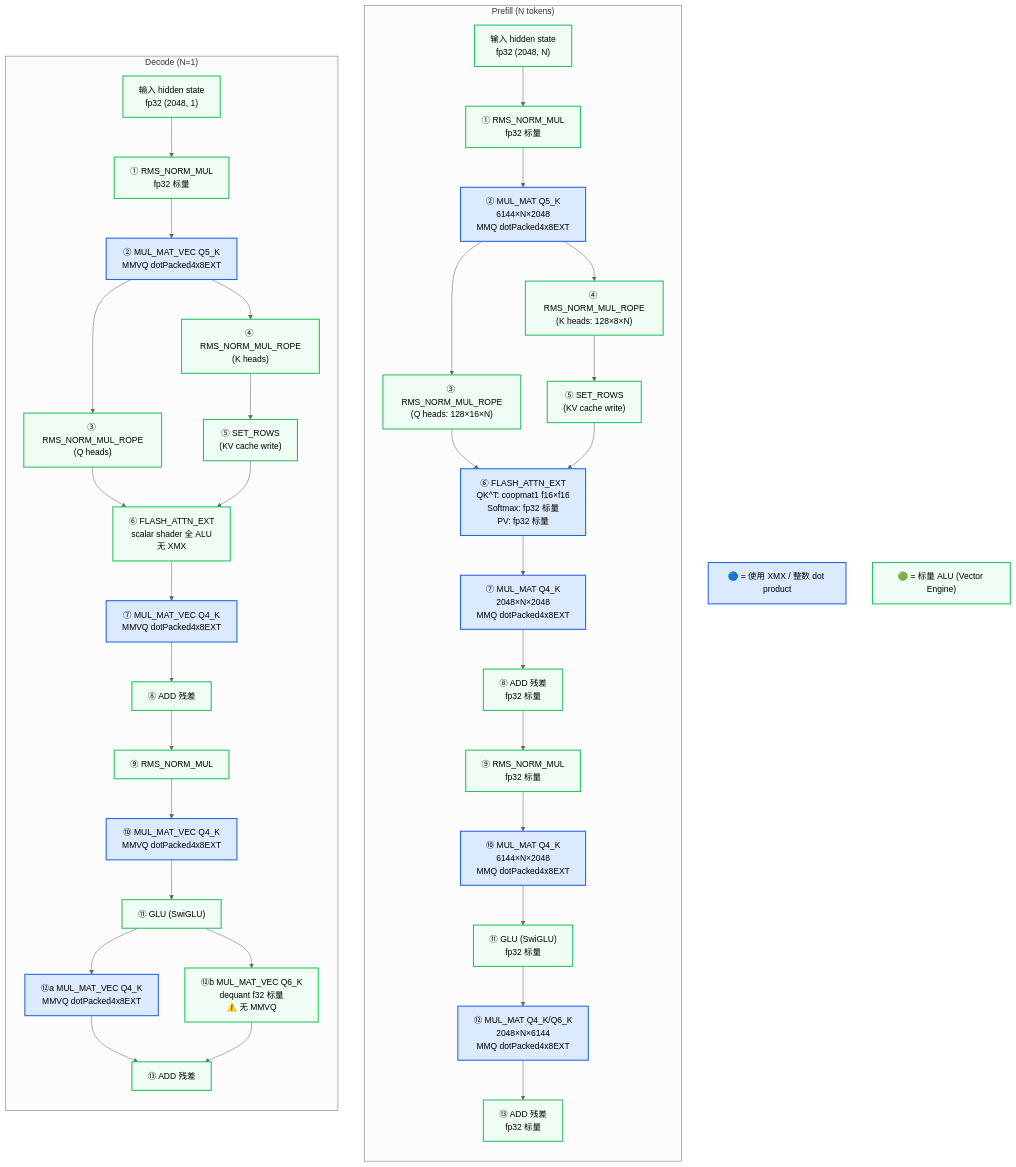
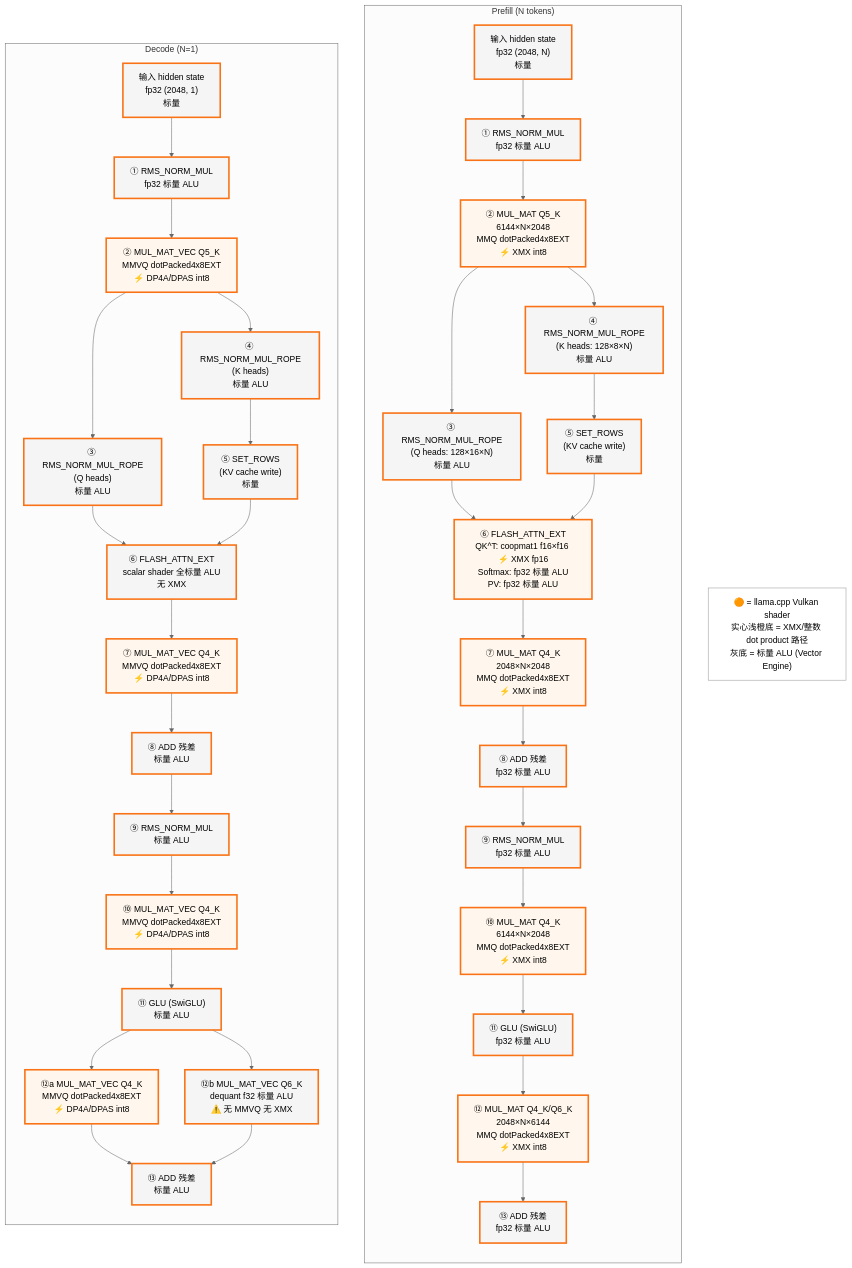
One commit to jonathanding/ollama changed the fifth of 6 diagrams in docs/internals/xe2-quantized-compute-audit.md. Above: the diagram before and after it, drawn with Mermaid (neutral theme). The commit also changed other lines of this file and 433 other files, not shown here.

````diff
--- a/docs/internals/xe2-quantized-compute-audit.md
+++ b/docs/internals/xe2-quantized-compute-audit.md
@@ -1062,62 +1080,60 @@
 ```mermaid
 graph TB
     classDef cpp stroke:#f97316,stroke-width:3px
-    classDef xmx fill:#dbeafe,stroke:#2563eb,stroke-width:2px
-    classDef scalar fill:#f0fdf4,stroke:#22c55e,stroke-width:2px
+    classDef xmx stroke:#f97316,stroke-width:3px,fill:#fff7ed
+    classDef scalar stroke:#f97316,stroke-width:3px,fill:#f5f5f5
     classDef legend fill:#fff,stroke:#999
-    classDef phase fill:#fef3c7,stroke:#f59e0b,stroke-width:2px
 
-    L1["🔵 = 使用 XMX / 整数 dot product"]:::xmx
-    L2["🟢 = 标量 ALU (Vector Engine)"]:::scalar
+    L["🟠 = llama.cpp Vulkan shader<br/>实心浅橙底 = XMX/整数 dot product 路径<br/>灰底 = 标量 ALU (Vector Engine)"]:::legend
 
     subgraph PREFILL["Prefill (N tokens)"]
         direction TB
-        P_IN["输入 hidden state<br/>fp32 (2048, N)"]:::scalar
-        P_NORM1["① RMS_NORM_MUL<br/>fp32 标量"]:::scalar
-        P_QKV["② MUL_MAT Q5_K<br/>6144×N×2048<br/>MMQ dotPacked4x8EXT"]:::xmx
-        P_ROPE_Q["③ RMS_NORM_MUL_ROPE<br/>(Q heads: 128×16×N)"]:::scalar
-        P_ROPE_K["④ RMS_NORM_MUL_ROPE<br/>(K heads: 128×8×N)"]:::scalar
-        P_SET["⑤ SET_ROWS<br/>(KV cache write)"]:::scalar
-        P_FA["⑥ FLASH_ATTN_EXT<br/>QK^T: coopmat1 f16×f16<br/>Softmax: fp32 标量<br/>PV: fp32 标量"]:::xmx
-        P_OUT["⑦ MUL_MAT Q4_K<br/>2048×N×2048<br/>MMQ dotPacked4x8EXT"]:::xmx
-        P_ADD1["⑧ ADD 残差<br/>fp32 标量"]:::scalar
-        P_NORM2["⑨ RMS_NORM_MUL<br/>fp32 标量"]:::scalar
-        P_GU["⑩ MUL_MAT Q4_K<br/>6144×N×2048<br/>MMQ dotPacked4x8EXT"]:::xmx
-        P_GLU["⑪ GLU (SwiGLU)<br/>fp32 标量"]:::scalar
-        P_DOWN["⑫ MUL_MAT Q4_K/Q6_K<br/>2048×N×6144<br/>MMQ dotPacked4x8EXT"]:::xmx
-        P_ADD2["⑬ ADD 残差<br/>fp32 标量"]:::scalar
+        P_IN["输入 hidden state<br/>fp32 (2048, N)<br/>标量"]:::scalar
+        P_NORM1["① RMS_NORM_MUL<br/>fp32 标量 ALU"]:::scalar
+        P_QKV["② MUL_MAT Q5_K<br/>6144×N×2048<br/>MMQ dotPacked4x8EXT<br/>⚡ XMX int8"]:::xmx
+        P_ROPE_Q["③ RMS_NORM_MUL_ROPE<br/>(Q heads: 128×16×N)<br/>标量 ALU"]:::scalar
+        P_ROPE_K["④ RMS_NORM_MUL_ROPE<br/>(K heads: 128×8×N)<br/>标量 ALU"]:::scalar
+        P_SET["⑤ SET_ROWS<br/>(KV cache write)<br/>标量"]:::scalar
+        P_FA["⑥ FLASH_ATTN_EXT<br/>QK^T: coopmat1 f16×f16 ⚡ XMX fp16<br/>Softmax: fp32 标量 ALU<br/>PV: fp32 标量 ALU"]:::xmx
+        P_OUT["⑦ MUL_MAT Q4_K<br/>2048×N×2048<br/>MMQ dotPacked4x8EXT<br/>⚡ XMX int8"]:::xmx
+        P_ADD1["⑧ ADD 残差<br/>fp32 标量 ALU"]:::scalar
+        P_NORM2["⑨ RMS_NORM_MUL<br/>fp32 标量 ALU"]:::scalar
+        P_GU["⑩ MUL_MAT Q4_K<br/>6144×N×2048<br/>MMQ dotPacked4x8EXT<br/>⚡ XMX int8"]:::xmx
+        P_GLU["⑪ GLU (SwiGLU)<br/>fp32 标量 ALU"]:::scalar
+        P_DOWN["⑫ MUL_MAT Q4_K/Q6_K<br/>2048×N×6144<br/>MMQ dotPacked4x8EXT<br/>⚡ XMX int8"]:::xmx
+        P_ADD2["⑬ ADD 残差<br/>fp32 标量 ALU"]:::scalar
 
         P_IN --> P_NORM1 --> P_QKV --> P_ROPE_Q & P_ROPE_K
         P_ROPE_Q --> P_FA
         P_ROPE_K --> P_SET --> P_FA
         P_FA --> P_OUT --> P_ADD1 --> P_NORM2 --> P_GU --> P_GLU --> P_DOWN --> P_ADD2
     end
 
     subgraph DECODE["Decode (N=1)"]
         direction TB
-        D_IN["输入 hidden state<br/>fp32 (2048, 1)"]:::scalar
-        D_NORM1["① RMS_NORM_MUL<br/>fp32 标量"]:::scalar
-        D_QKV["② MUL_MAT_VEC Q5_K<br/>MMVQ dotPacked4x8EXT"]:::xmx
-        D_ROPE_Q["③ RMS_NORM_MUL_ROPE<br/>(Q heads)"]:::scalar
-        D_ROPE_K["④ RMS_NORM_MUL_ROPE<br/>(K heads)"]:::scalar
-        D_SET["⑤ SET_ROWS<br/>(KV cache write)"]:::scalar
-        D_FA["⑥ FLASH_ATTN_EXT<br/>scalar shader 全 ALU<br/>无 XMX"]:::scalar
-        D_OUT["⑦ MUL_MAT_VEC Q4_K<br/>MMVQ dotPacked4x8EXT"]:::xmx
-        D_ADD1["⑧ ADD 残差"]:::scalar
-        D_NORM2["⑨ RMS_NORM_MUL"]:::scalar
-        D_GU["⑩ MUL_MAT_VEC Q4_K<br/>MMVQ dotPacked4x8EXT"]:::xmx
-        D_GLU["⑪ GLU (SwiGLU)"]:::scalar
-        D_DOWN_Q4["⑫a MUL_MAT_VEC Q4_K<br/>MMVQ dotPacked4x8EXT"]:::xmx
-        D_DOWN_Q6["⑫b MUL_MAT_VEC Q6_K<br/>dequant f32 标量<br/>⚠️ 无 MMVQ"]:::scalar
-        D_ADD2["⑬ ADD 残差"]:::scalar
+        D_IN["输入 hidden state<br/>fp32 (2048, 1)<br/>标量"]:::scalar
+        D_NORM1["① RMS_NORM_MUL<br/>fp32 标量 ALU"]:::scalar
+        D_QKV["② MUL_MAT_VEC Q5_K<br/>MMVQ dotPacked4x8EXT<br/>⚡ DP4A/DPAS int8"]:::xmx
+        D_ROPE_Q["③ RMS_NORM_MUL_ROPE<br/>(Q heads)<br/>标量 ALU"]:::scalar
+        D_ROPE_K["④ RMS_NORM_MUL_ROPE<br/>(K heads)<br/>标量 ALU"]:::scalar
+        D_SET["⑤ SET_ROWS<br/>(KV cache write)<br/>标量"]:::scalar
+        D_FA["⑥ FLASH_ATTN_EXT<br/>scalar shader 全标量 ALU<br/>无 XMX"]:::scalar
+        D_OUT["⑦ MUL_MAT_VEC Q4_K<br/>MMVQ dotPacked4x8EXT<br/>⚡ DP4A/DPAS int8"]:::xmx
+        D_ADD1["⑧ ADD 残差<br/>标量 ALU"]:::scalar
+        D_NORM2["⑨ RMS_NORM_MUL<br/>标量 ALU"]:::scalar
+        D_GU["⑩ MUL_MAT_VEC Q4_K<br/>MMVQ dotPacked4x8EXT<br/>⚡ DP4A/DPAS int8"]:::xmx
+        D_GLU["⑪ GLU (SwiGLU)<br/>标量 ALU"]:::scalar
+        D_DOWN_Q4["⑫a MUL_MAT_VEC Q4_K<br/>MMVQ dotPacked4x8EXT<br/>⚡ DP4A/DPAS int8"]:::xmx
+        D_DOWN_Q6["⑫b MUL_MAT_VEC Q6_K<br/>dequant f32 标量 ALU<br/>⚠️ 无 MMVQ 无 XMX"]:::scalar
+        D_ADD2["⑬ ADD 残差<br/>标量 ALU"]:::scalar
 
         D_IN --> D_NORM1 --> D_QKV --> D_ROPE_Q & D_ROPE_K
         D_ROPE_Q --> D_FA
         D_ROPE_K --> D_SET --> D_FA
         D_FA --> D_OUT --> D_ADD1 --> D_NORM2 --> D_GU --> D_GLU
         D_GLU --> D_DOWN_Q4
         D_GLU --> D_DOWN_Q6
         D_DOWN_Q4 --> D_ADD2
         D_DOWN_Q6 --> D_ADD2
     end
 ```
````
